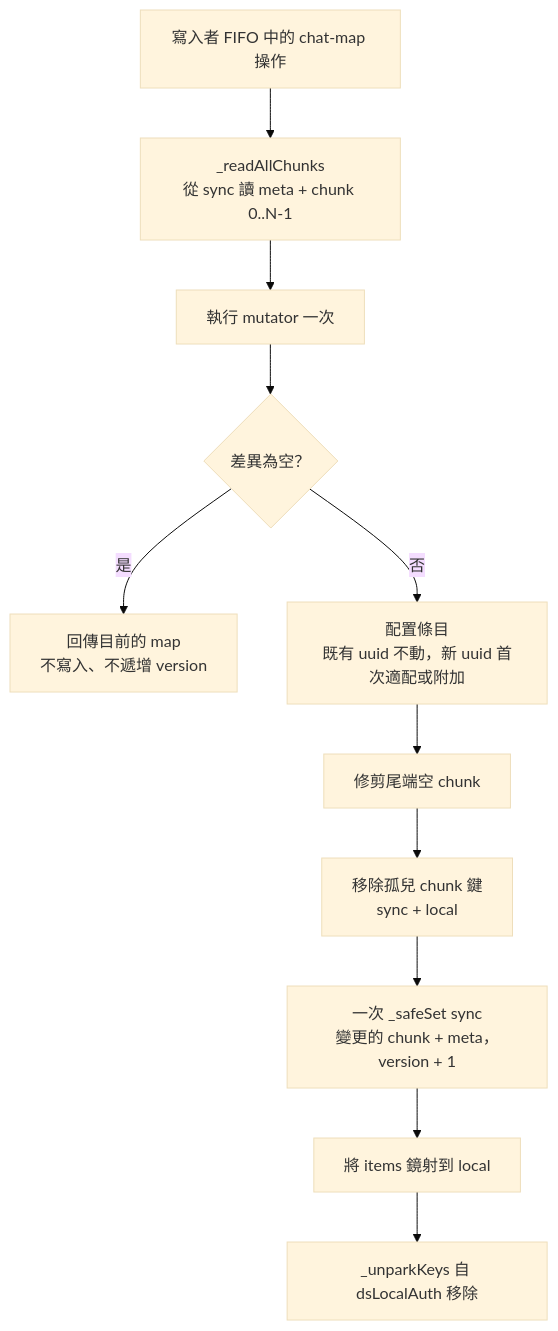
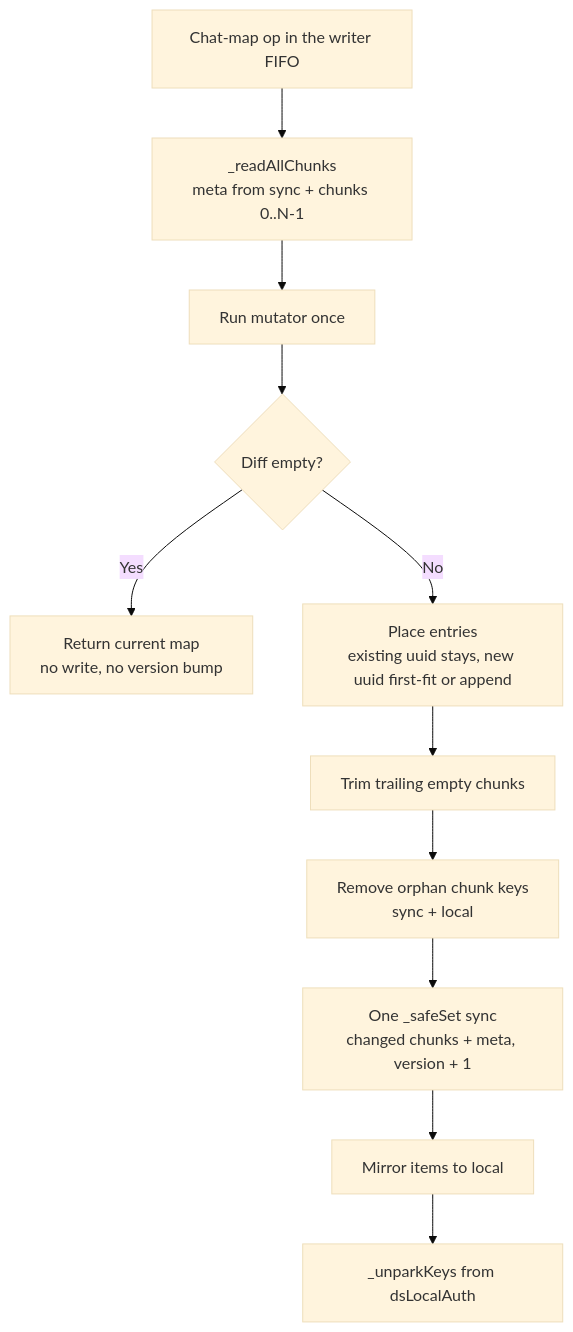
The first of 2 diagrams in docs/architecture/STORAGE.md (sov1n14/ds-studio), drawn with Mermaid (base theme) before and after one commit. The commit also changed other lines of this file and 56 other files, not shown here.

````diff
--- a/docs/architecture/STORAGE.md
+++ b/docs/architecture/STORAGE.md
@@ -174,13 +174,13 @@
 ```mermaid
 flowchart TB
-    Op[寫入者 FIFO 中的 chat-map 操作] --> Snap[_readAllChunks<br/>從 sync 讀 meta + chunk 0..N-1]
-    Snap --> Mut[執行 mutator 一次]
-    Mut --> Diff{差異為空？}
-    Diff -->|是| NoWrite[回傳目前的 map<br/>不寫入、不遞增 version]
-    Diff -->|否| Place[配置條目<br/>既有 uuid 不動，新 uuid 首次適配或附加]
-    Place --> Trim[修剪尾端空 chunk]
-    Trim --> Orphan[移除孤兒 chunk 鍵<br/>sync + local]
-    Orphan --> Set[一次 _safeSet sync<br/>變更的 chunk + meta，version + 1]
-    Set --> Mirror[將 items 鏡射到 local]
-    Mirror --> Unpark[_unparkKeys 自 dsLocalAuth 移除]
+    Op[Chat-map op in the writer FIFO] --> Snap[_readAllChunks<br/>meta from sync + chunks 0..N-1]
+    Snap --> Mut[Run mutator once]
+    Mut --> Diff{Diff empty?}
+    Diff -->|Yes| NoWrite[Return current map<br/>no write, no version bump]
+    Diff -->|No| Place[Place entries<br/>existing uuid stays, new uuid first-fit or append]
+    Place --> Trim[Trim trailing empty chunks]
+    Trim --> Orphan[Remove orphan chunk keys<br/>sync + local]
+    Orphan --> Set[One _safeSet sync<br/>changed chunks + meta, version + 1]
+    Set --> Mirror[Mirror items to local]
+    Mirror --> Unpark[_unparkKeys from dsLocalAuth]
 ```
````
